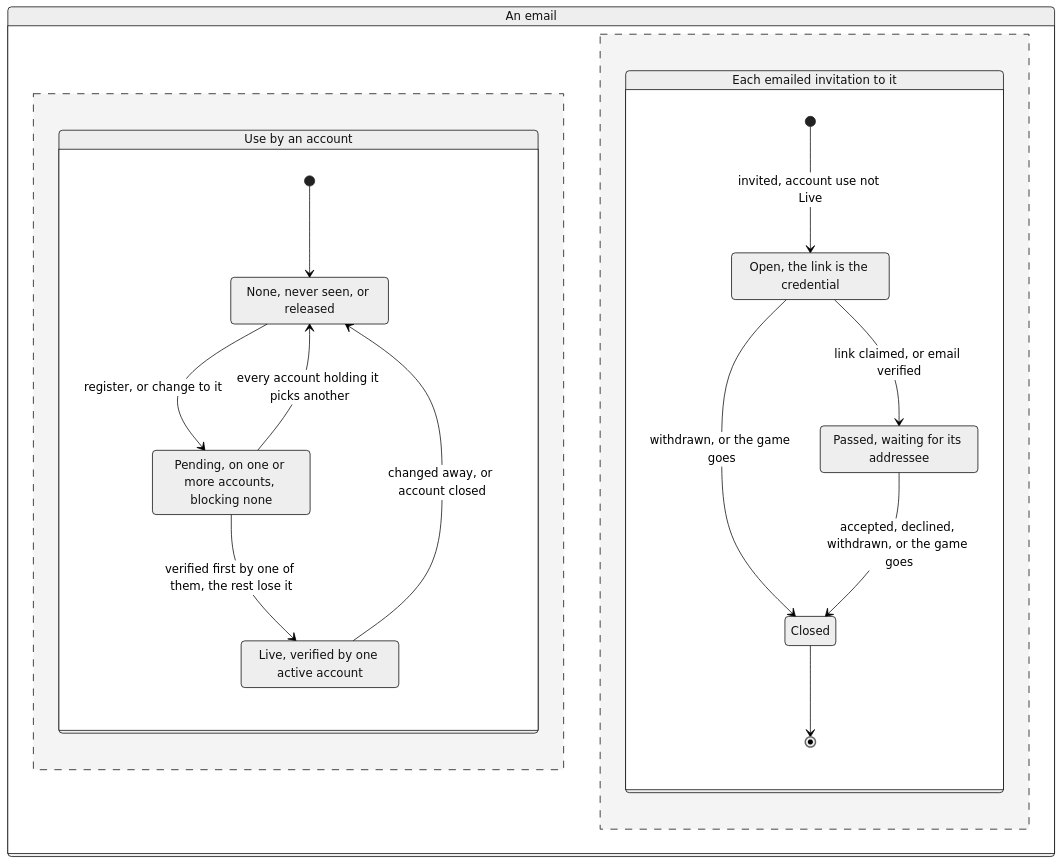
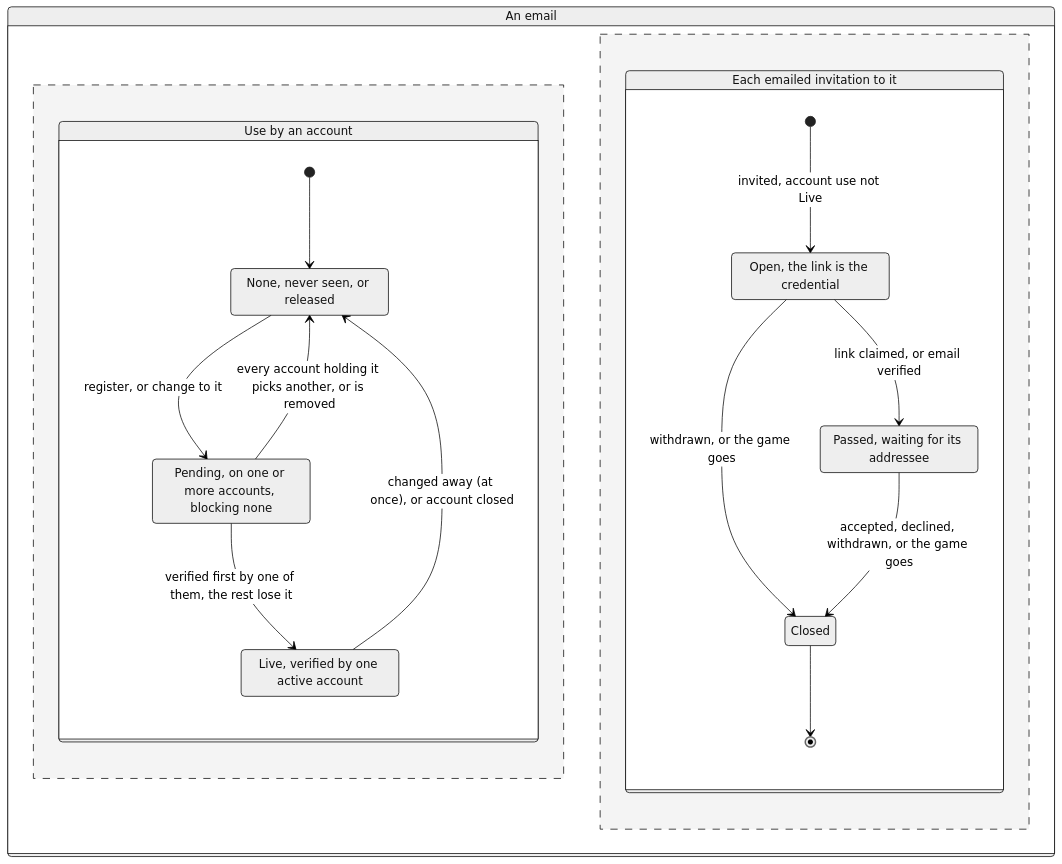
Before and after one commit to delphside/programme: diagram 29 of 29 in docs/changes/workstreams/application-game-architecture/71-one-game-model/71-functional.md, drawn with Mermaid (neutral theme). The commit also changed other lines of this file, not shown here.

````diff
--- a/docs/changes/workstreams/application-game-architecture/71-one-game-model/71-functional.md
+++ b/docs/changes/workstreams/application-game-architecture/71-one-game-model/71-functional.md
@@ -738,25 +744,25 @@
 ```mermaid
 stateDiagram-v2
     state "An email" as EA {
         state "Use by an account" as AU {
             [*] --> None
             None: None, never seen, or released
             Pending: Pending, on one or more accounts, blocking none
             Live: Live, verified by one active account
             None --> Pending: register, or change to it
-            Pending --> None: every account holding it picks another
+            Pending --> None: every account holding it picks another, or is removed
             Pending --> Live: verified first by one of them, the rest lose it
-            Live --> None: changed away, or account closed
+            Live --> None: changed away (at once), or account closed
         }
         --
         state "Each emailed invitation to it" as IU {
             [*] --> Open: invited, account use not Live
             Open: Open, the link is the credential
             Passed: Passed, waiting for its addressee
             Open --> Passed: link claimed, or email verified
             Open --> Closed: withdrawn, or the game goes
             Passed --> Closed: accepted, declined, withdrawn, or the game goes
             Closed --> [*]
         }
     }
 ```
````
